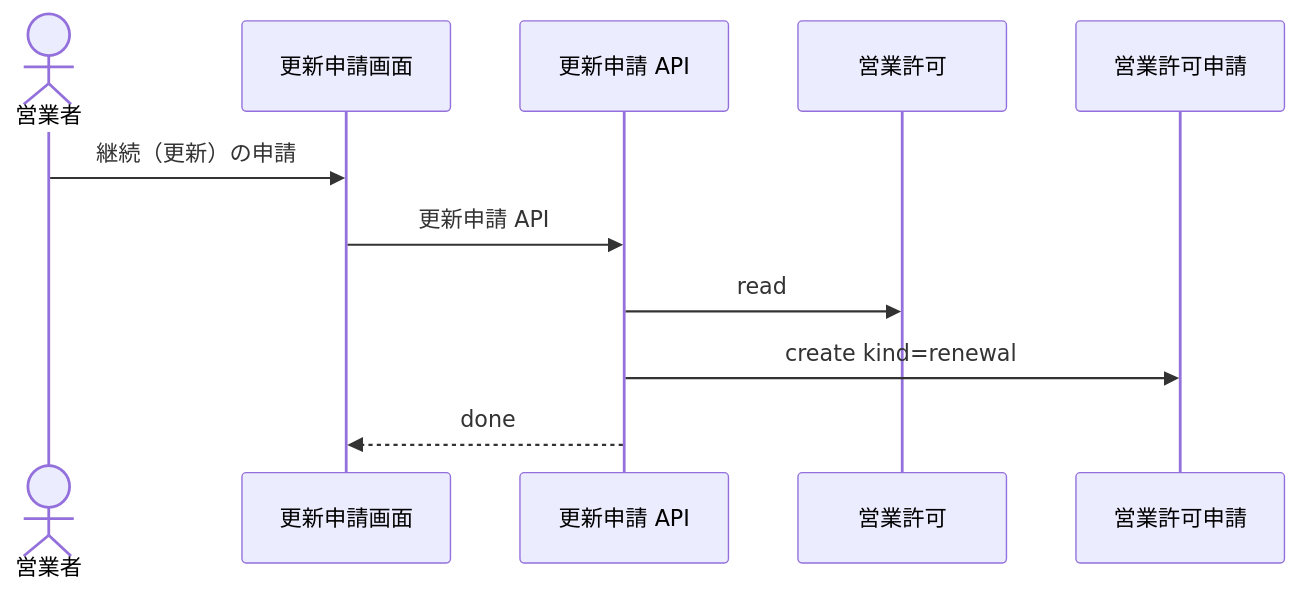
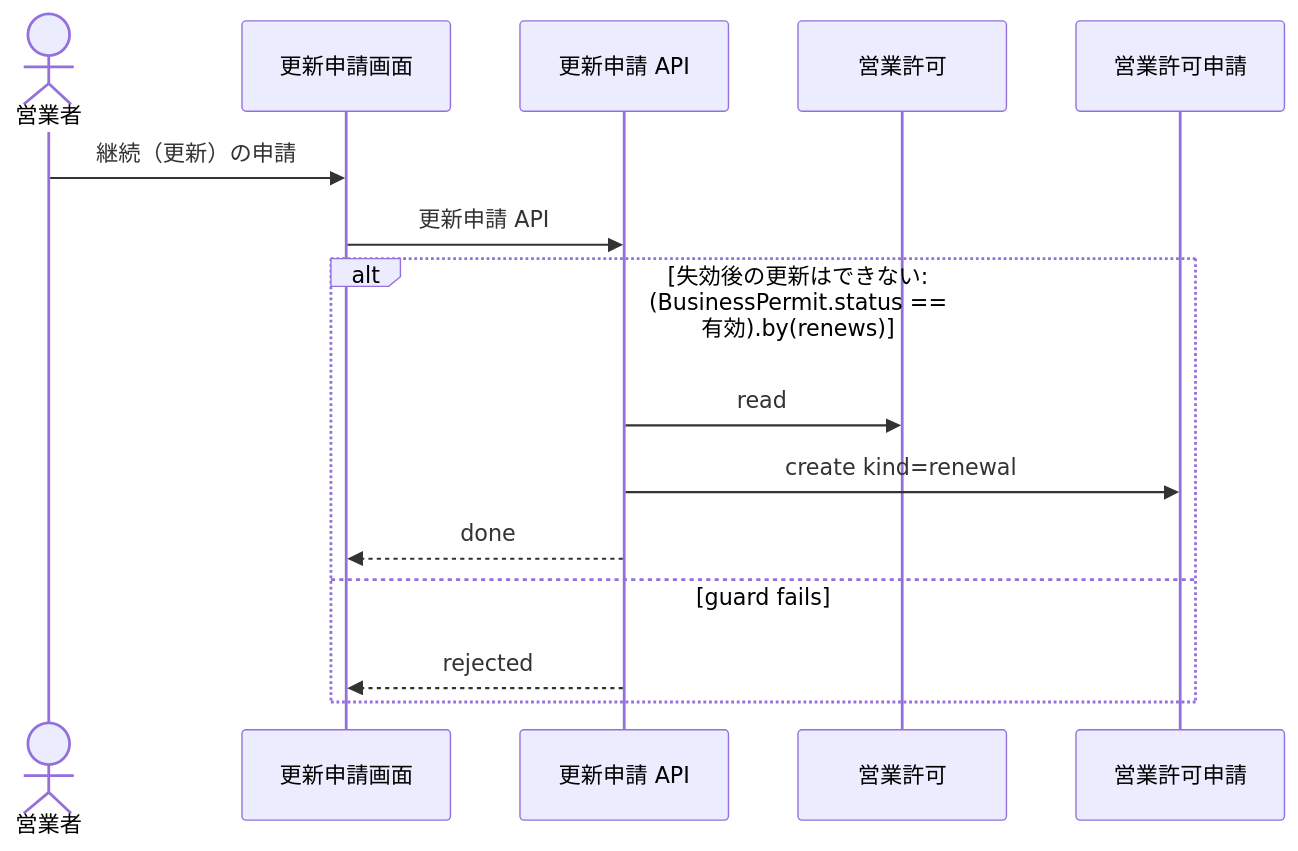
Before and after one commit to manji-0/rdra-ish-dsl: the diagram in samples/food-permit-ops/out/uc/sequence_ApplyRenewal.mmd, drawn with Mermaid. The commit also changed 31 other files, not shown here.

```diff
--- a/samples/food-permit-ops/out/uc/sequence_ApplyRenewal.mmd
+++ b/samples/food-permit-ops/out/uc/sequence_ApplyRenewal.mmd
@@ -1,14 +1,18 @@
 %% rdra-ish diagram=sequence scope=usecase:ApplyRenewal model=samples/food-permit-ops
 %% kinds: actor screen api entity
-%% omitted: buc step medium permission
+%% omitted: buc step medium permission condition
 sequenceDiagram
   actor actor__BusinessOperator as 営業者
   participant screen__RenewalScreen as 更新申請画面
   participant api__RenewalApi as 更新申請 API
   participant entity__BusinessPermit as 営業許可
   participant entity__PermitApplication as 営業許可申請
   actor__BusinessOperator ->> screen__RenewalScreen: 継続（更新）の申請
   screen__RenewalScreen ->> api__RenewalApi: 更新申請 API
-  api__RenewalApi ->> entity__BusinessPermit: read
-  api__RenewalApi ->> entity__PermitApplication: create kind=renewal
-  api__RenewalApi -->> screen__RenewalScreen: done
+  alt 失効後の更新はできない: (BusinessPermit.status == 有効).by(renews)
+    api__RenewalApi ->> entity__BusinessPermit: read
+    api__RenewalApi ->> entity__PermitApplication: create kind=renewal
+    api__RenewalApi -->> screen__RenewalScreen: done
+  else guard fails
+    api__RenewalApi -->> screen__RenewalScreen: rejected
+  end
```
